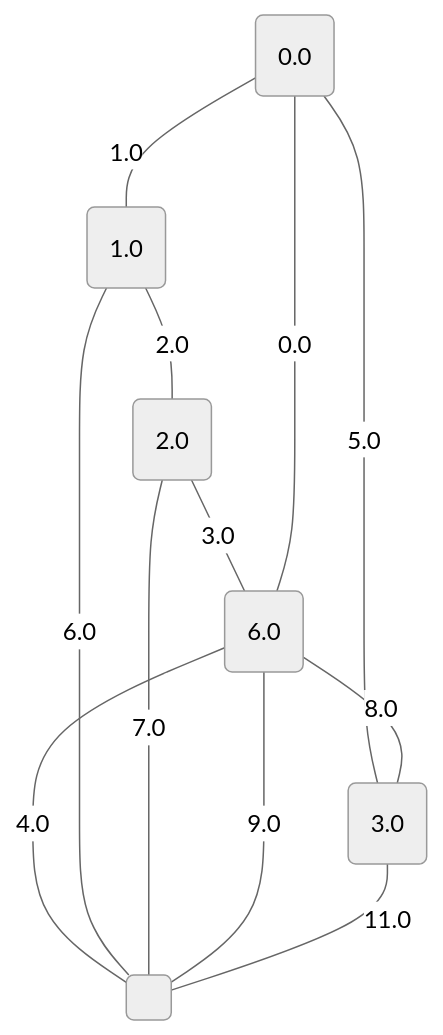
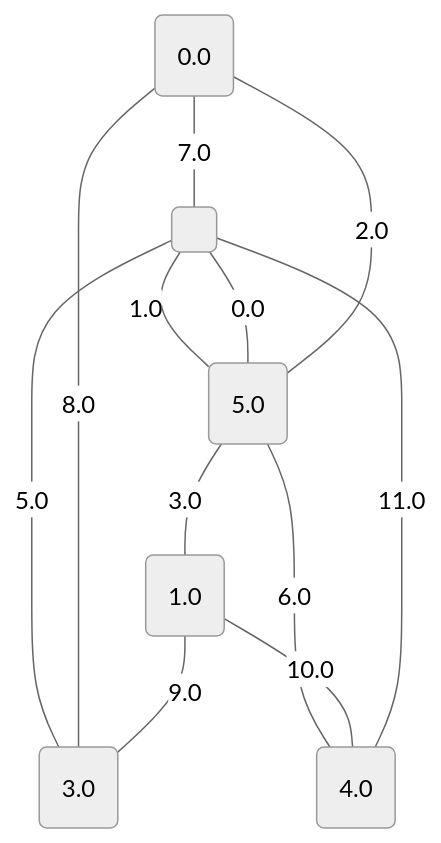
The ninth of 17 diagrams in project/src/testing/minCutPetersen.md (metury/graphs), drawn with Mermaid (neutral theme) before and after one commit. The commit also changed other lines of this file and 2 other files, not shown here.

````diff
--- a/project/src/testing/minCutPetersen.md
+++ b/project/src/testing/minCutPetersen.md
@@ -243,20 +243,20 @@
 ```mermaid
 graph TD;
 0("0.0");
 1("1.0");
-2("2.0");
-3("3.0");
-4("6.0");
+2("3.0");
+3("4.0");
+4("5.0");
 5(" ");
-	4 -- "0.0" --- 0;
-	0 -- "1.0" --- 1;
-	1 -- "2.0" --- 2;
-	2 -- "3.0" --- 4;
-	4 -- "4.0" --- 5;
-	0 -- "5.0" --- 3;
-	1 -- "6.0" --- 5;
-	2 -- "7.0" --- 5;
-	4 -- "8.0" --- 3;
-	4 -- "9.0" --- 5;
-	3 -- "11.0" --- 5;
+	4 -- "0.0" --- 5;
+	5 -- "1.0" --- 4;
+	4 -- "2.0" --- 0;
+	4 -- "3.0" --- 1;
+	5 -- "5.0" --- 2;
+	4 -- "6.0" --- 3;
+	0 -- "7.0" --- 5;
+	0 -- "8.0" --- 2;
+	1 -- "9.0" --- 2;
+	1 -- "10.0" --- 3;
+	5 -- "11.0" --- 3;
 ```
````
